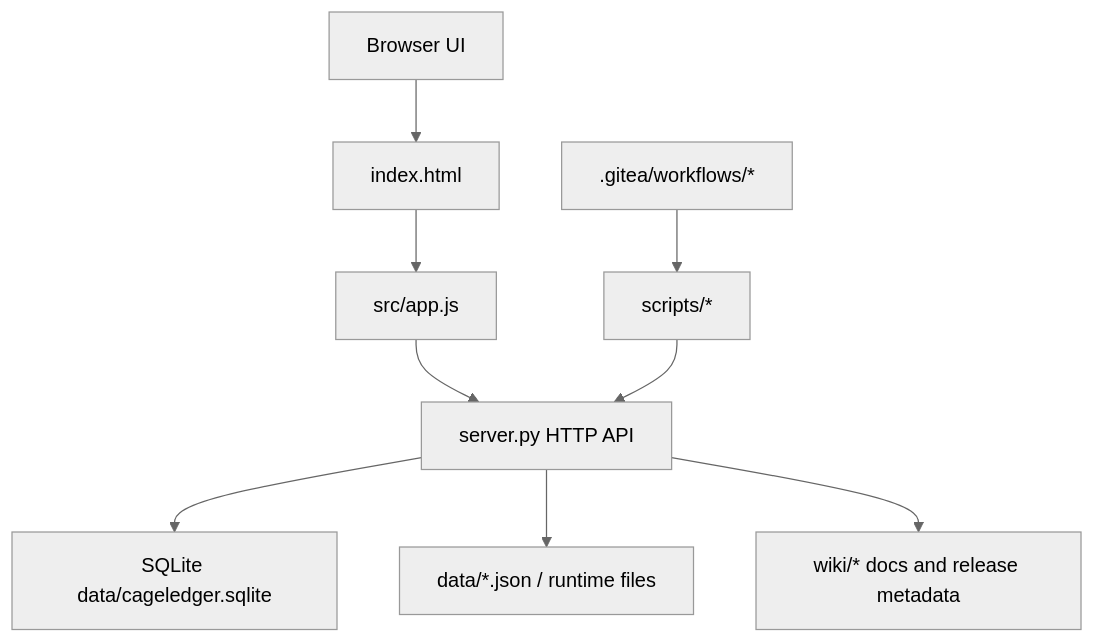
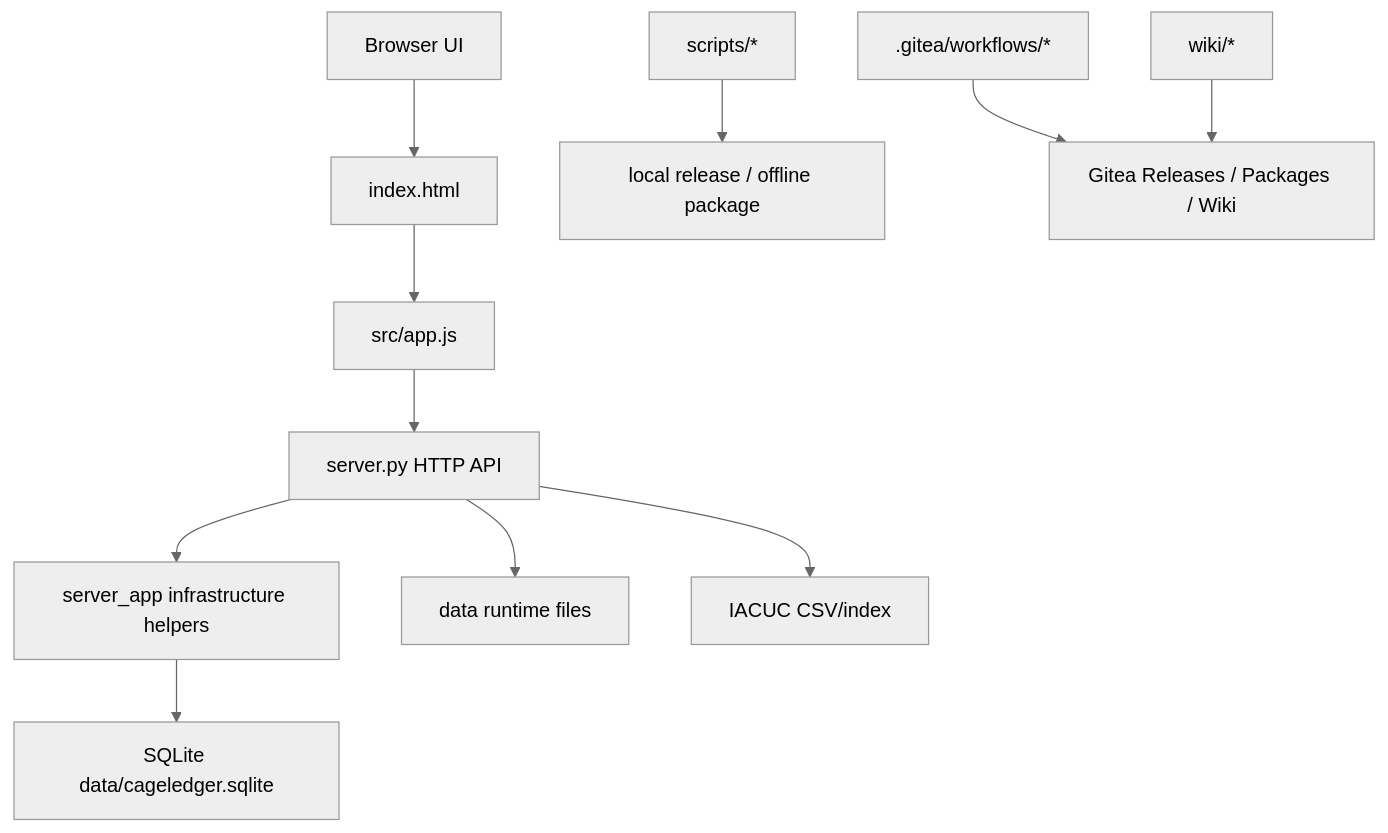
Before and after one commit to Hugo-YH/CageLedger: the diagram in docs/analysis/project-overview.md, drawn with Mermaid (neutral theme). The commit also changed other lines of this file and 53 other files, not shown here.

````diff
--- a/docs/analysis/project-overview.md
+++ b/docs/analysis/project-overview.md
@@ -9,11 +9,13 @@
 ```mermaid
 graph TD
     Browser["Browser UI"] --> Index["index.html"]
     Index --> App["src/app.js"]
     App --> API["server.py HTTP API"]
-    API --> DB["SQLite data/cageledger.sqlite"]
-    API --> Files["data/*.json / runtime files"]
-    API --> Wiki["wiki/* docs and release metadata"]
-    Scripts["scripts/*"] --> API
-    Release[".gitea/workflows/*"] --> Scripts
+    API --> Helpers["server_app infrastructure helpers"]
+    Helpers --> DB["SQLite data/cageledger.sqlite"]
+    API --> Runtime["data runtime files"]
+    API --> IACUC["IACUC CSV/index"]
+    Scripts["scripts/*"] --> Release["local release / offline package"]
+    Workflows[".gitea/workflows/*"] --> Gitea["Gitea Releases / Packages / Wiki"]
+    Wiki["wiki/*"] --> Gitea
 ```
````
